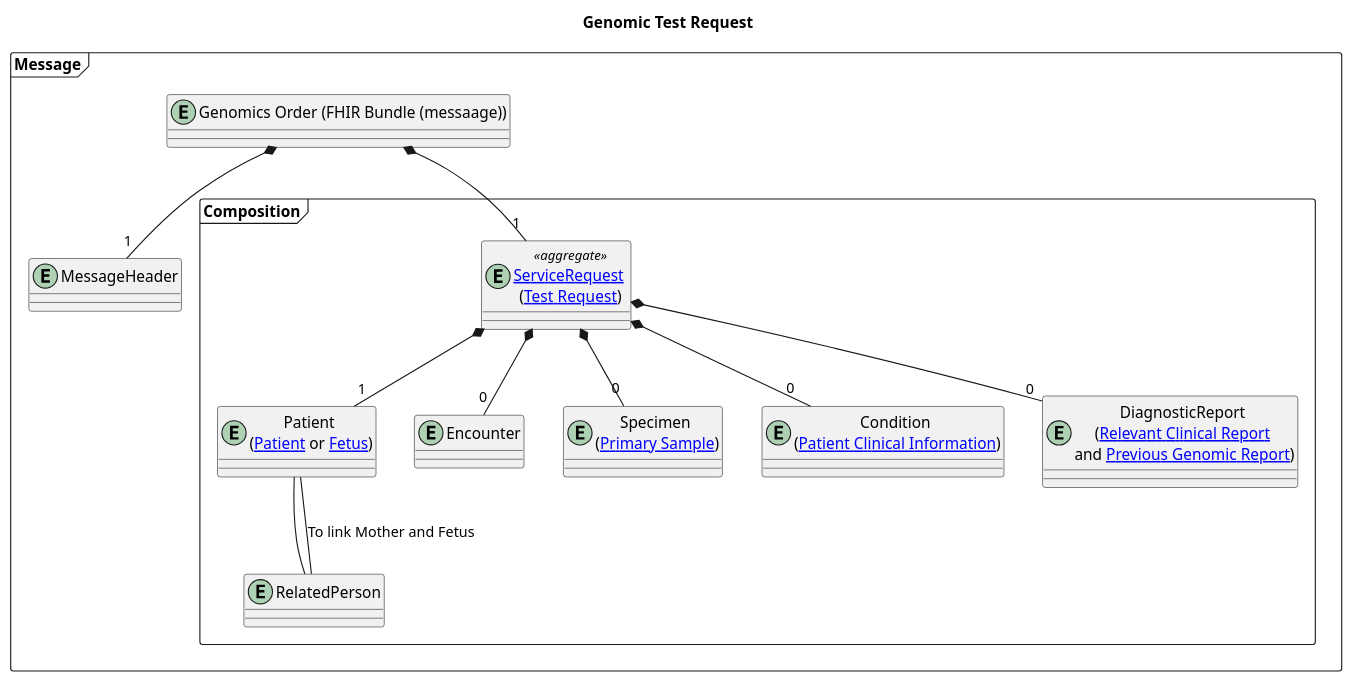
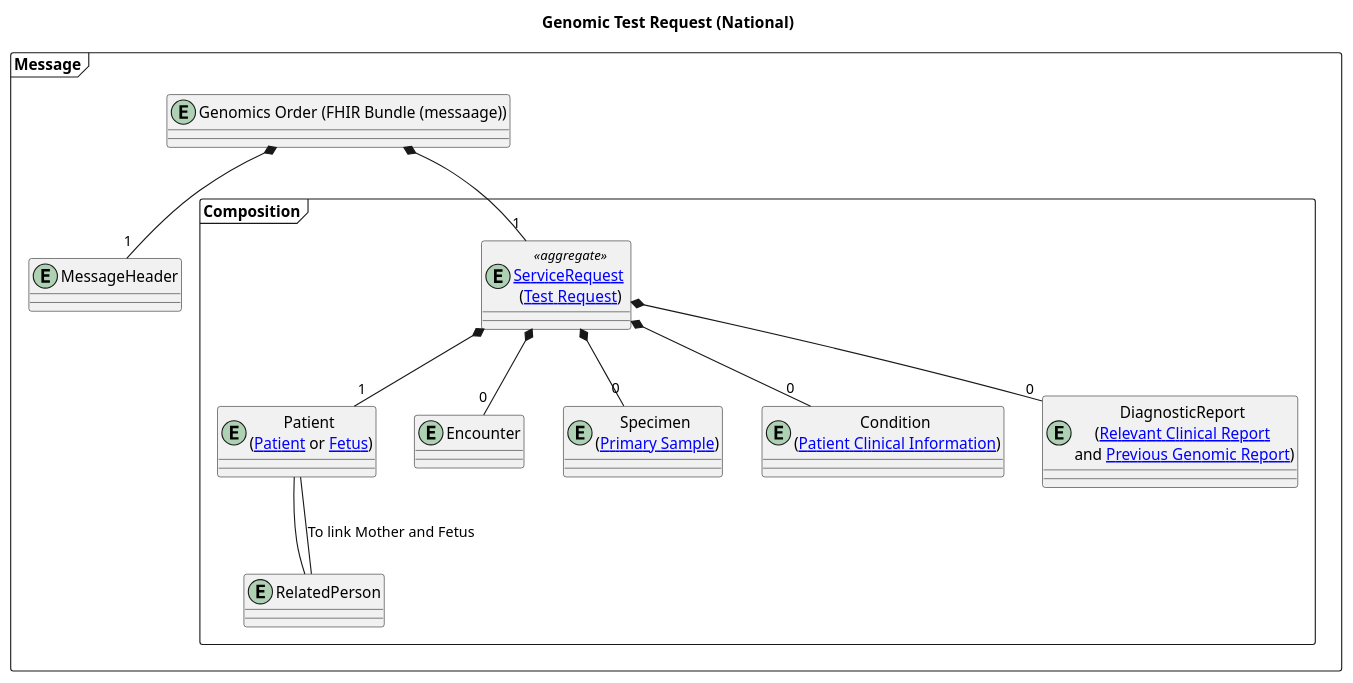
One commit to nw-gmsa/nw-gmsa.github.com changed the diagram in input/images-source/orders-model.plantuml. Above: the diagram before and after it, drawn with PlantUML. The commit also changed 5 other files, not shown here.

```diff
--- a/input/images-source/orders-model.plantuml
+++ b/input/images-source/orders-model.plantuml
@@ -1,37 +1,37 @@
 @startuml
 
-title "Genomic Test Request"
+title "Genomic Test Request (National)"
 
 frame Message {
 entity "Genomics Order (FHIR Bundle (messaage))" as oml
 
 entity "MessageHeader" as MSH
 
   frame Composition {
     entity "Patient \n([[https://simplifier.net/guide/fhir-genomics-implementation-guide/Home/Design/Clinicalheadings#Patient Patient]] or [[https://simplifier.net/guide/fhir-genomics-implementation-guide/Home/Design/Clinicalheadings#Fetus Fetus]])" as PID
 
     entity "Encounter" as PV1
 
     entity "[[StructureDefinition-ServiceRequest.html ServiceRequest]] \n([[https://simplifier.net/guide/fhir-genomics-implementation-guide/Home/Design/Clinicalheadings#Test-Request Test Request]])" as ORC <<aggregate>>
 
     entity "Specimen \n([[https://simplifier.net/guide/fhir-genomics-implementation-guide/Home/Design/Clinicalheadings#Primary-Sample Primary Sample]])" as SPM
 
     entity "Condition \n([[https://simplifier.net/guide/fhir-genomics-implementation-guide/Home/Design/Clinicalheadings#Patient-Clinical-Information Patient Clinical Information]])" as DG1
 
     entity "DiagnosticReport \n([[https://simplifier.net/guide/fhir-genomics-implementation-guide/Home/Design/Clinicalheadings#Relevant-Clinical-Report Relevant Clinical Report]] \nand [[https://simplifier.net/guide/fhir-genomics-implementation-guide/Home/Design/Clinicalheadings#Previous-Genomic-Report Previous Genomic Report]])" as OBX
 
     entity "RelatedPerson" as NK1
   }
 }
 
 oml *-- "1" MSH
 oml *-- "1" ORC
 ORC *-- "0" SPM
 ORC *-- "1" PID
 ORC *-- "0" PV1
 ORC *-- "0" DG1
 ORC *-- "0" OBX
 NK1 -- PID : To link Mother and Fetus
 PID -- NK1
 
 @enduml
```
